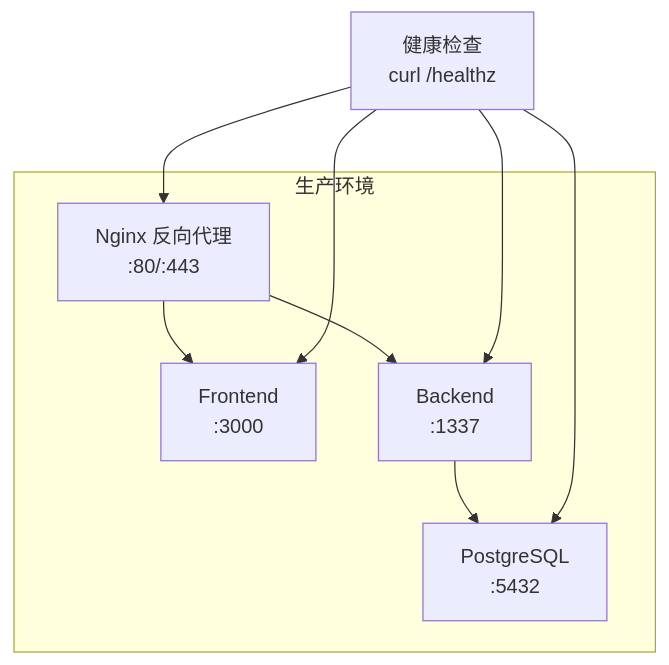
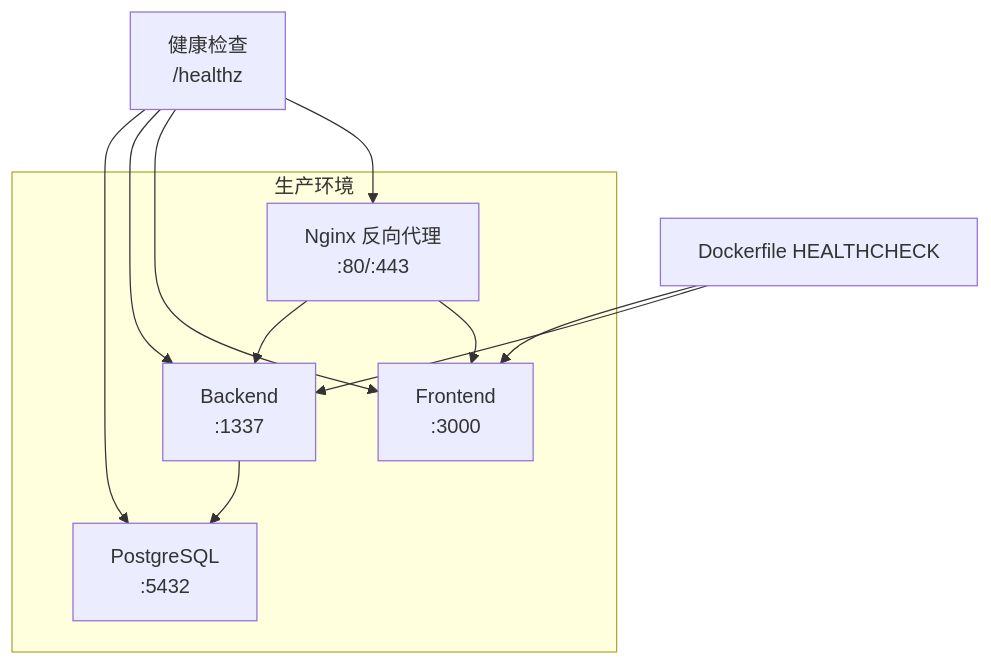
One commit to Will0253/zczk changed the second of 8 diagrams in .qoder/repowiki/zh/content/部署和运维/监控运维/健康检查机制.md. Above: the diagram before and after it, drawn with Mermaid. The commit also changed other lines of this file and 13 other files, not shown here.

````diff
--- a/.qoder/repowiki/zh/content/部署和运维/监控运维/健康检查机制.md
+++ b/.qoder/repowiki/zh/content/部署和运维/监控运维/健康检查机制.md
@@ -88,12 +115,14 @@
 ```mermaid
 graph TB
 subgraph "生产环境"
 NGINX["Nginx 反向代理<br/>:80/:443"] --> FE["Frontend<br/>:3000"]
 NGINX --> BE["Backend<br/>:1337"]
 BE --> PG["PostgreSQL<br/>:5432"]
 end
-HC["健康检查<br/>curl /healthz"] --> NGINX
+HC["健康检查<br/>/healthz"] --> NGINX
 HC --> FE
 HC --> BE
 HC --> PG
+DC["Dockerfile HEALTHCHECK"] --> BE
+DC --> FE
 ```
````
